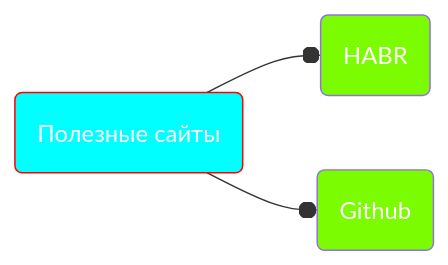
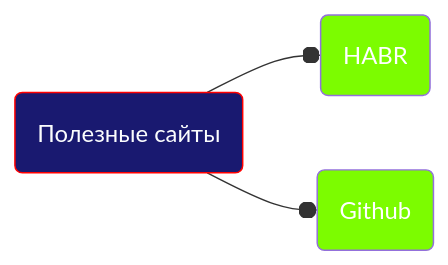
One commit to Kostrov2003/FirstSite changed the diagram in test.md. Above: the diagram before and after it, drawn with Mermaid.

````diff
--- a/test.md
+++ b/test.md
@@ -1,13 +1,13 @@
 ```mermaid 
 graph LR
-classDef class1 fill:#00FFFF,stroke:#FF0000,color:#fbfdfe
+classDef class1 fill:#191970,stroke:#FF0000,color:#fbfdfe
 classDef class2 fill:#7CFC00,color:#FFFFFF
 
 A(Полезные сайты<br>):::class1 --o B(HABR):::class2
 click B "https://habr.com/ru/all/" _blank
 
 A --o C(Github<br>):::class2
 click C "https://github.com/" _blank
 
 
 ```
````
